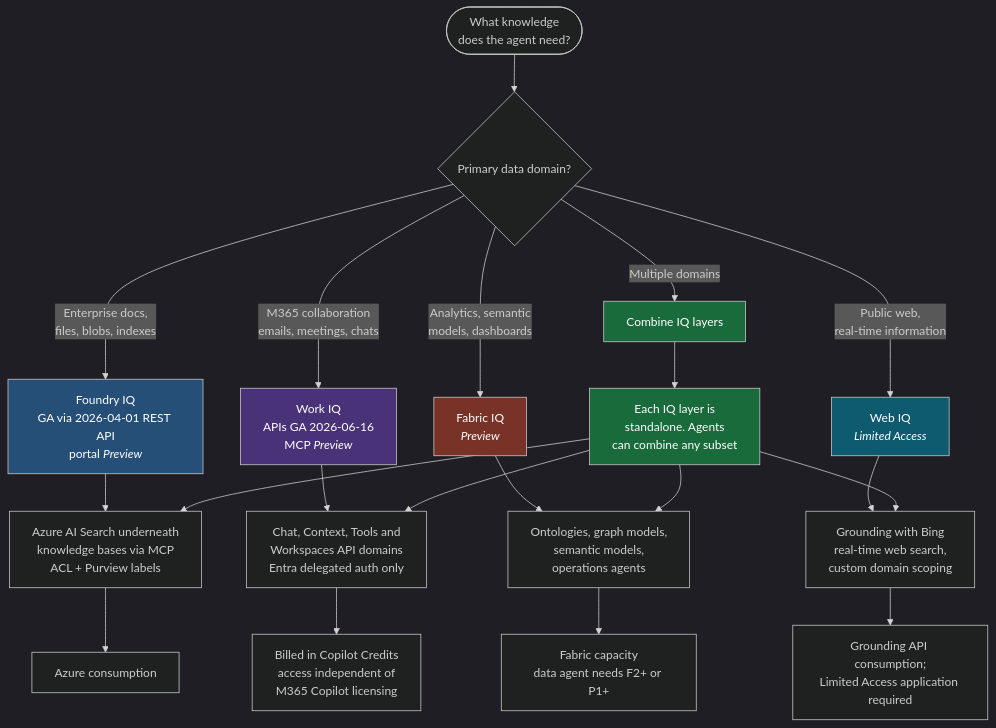
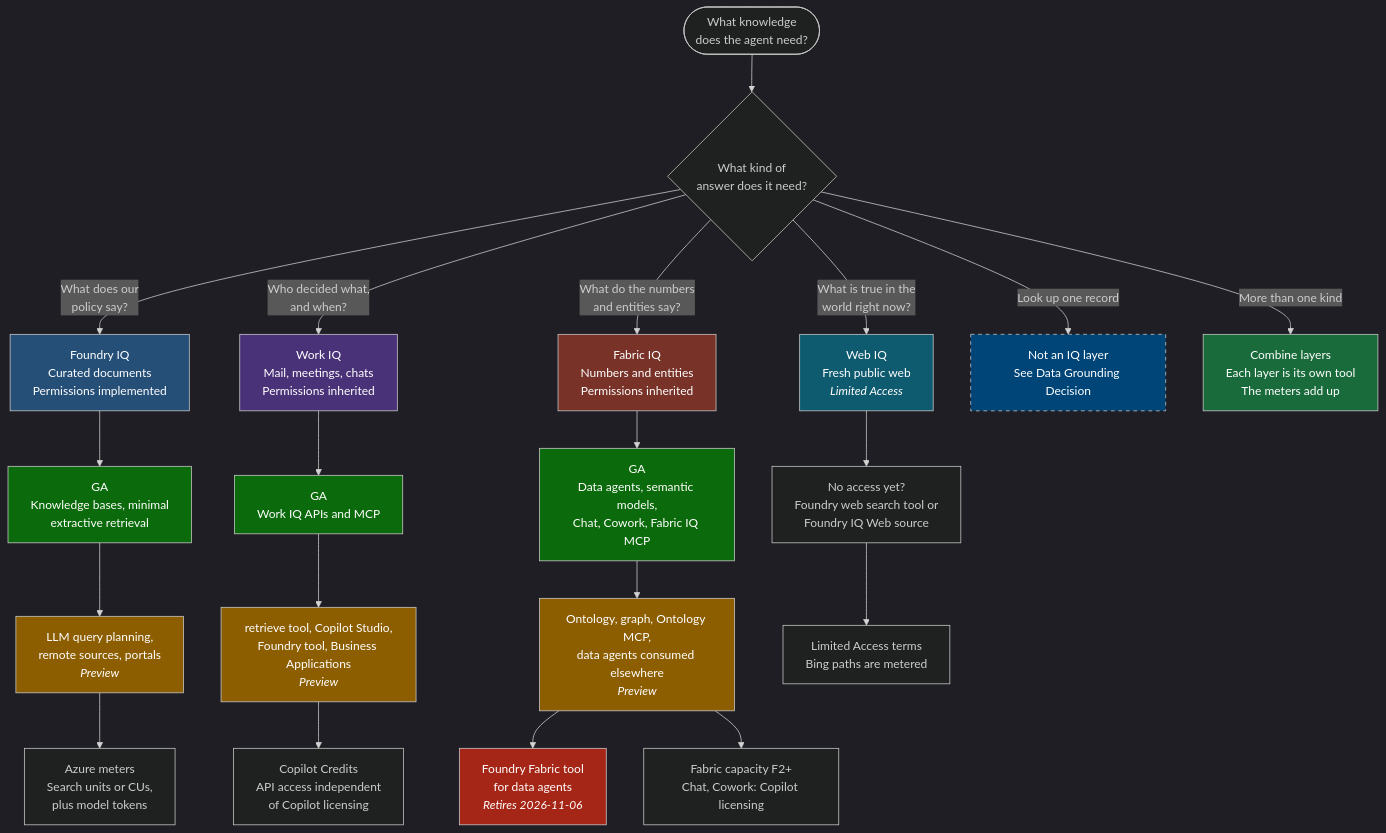
The tenth of 10 diagrams in docs/visual-framework.md (microsoft/Microsoft-AI-Decision-Framework), drawn with Mermaid before and after one commit. The commit also changed other lines of this file and 29 other files, not shown here.

````diff
--- a/docs/visual-framework.md
+++ b/docs/visual-framework.md
@@ -1174,35 +1277,42 @@
 ```mermaid
 %%{init: {'theme':'dark'}}%%
 flowchart TD
-    Start([What knowledge<br/>does the agent need?]) --> Domain{Primary data domain?}
+    Start([What knowledge<br/>does the agent need?]) --> Domain{What kind of<br/>answer does it need?}
 
-    Domain -->|Enterprise docs,<br/>files, blobs, indexes| FIQ[Foundry IQ<br/>GA via 2026-04-01 REST API<br/>portal <i>Preview</i>]
-    Domain -->|M365 collaboration<br/>emails, meetings, chats| WIQ[Work IQ<br/>APIs GA 2026-06-16<br/>MCP <i>Preview</i>]
-    Domain -->|Analytics, semantic<br/>models, dashboards| FBIQ[Fabric IQ<br/><i>Preview</i>]
-    Domain -->|Public web,<br/>real-time information| WEBIQ[Web IQ<br/><i>Limited Access</i>]
-    Domain -->|Multiple domains| Multi[Combine IQ layers]
+    Domain -->|What does our<br/>policy say?| FIQ[Foundry IQ<br/>Curated documents<br/>Permissions implemented]
+    Domain -->|Who decided what,<br/>and when?| WIQ[Work IQ<br/>Mail, meetings, chats<br/>Permissions inherited]
+    Domain -->|What do the numbers<br/>and entities say?| FBIQ[Fabric IQ<br/>Numbers and entities<br/>Permissions inherited]
+    Domain -->|What is true in the<br/>world right now?| WEBIQ[Web IQ<br/>Fresh public web<br/><i>Limited Access</i>]
+    Domain -->|Look up one record| Rows[Not an IQ layer<br/>See Data Grounding Decision]
+    Domain -->|More than one kind| Combine[Combine layers<br/>Each layer is its own tool<br/>The meters add up]
 
-    FIQ --> FIQ_Detail[Azure AI Search underneath<br/>knowledge bases via MCP<br/>ACL + Purview labels]
-    WIQ --> WIQ_Detail[Chat, Context, Tools and<br/>Workspaces API domains<br/>Entra delegated auth only]
-    FBIQ --> FBIQ_Detail[Ontologies, graph models,<br/>semantic models,<br/>operations agents]
-    WEBIQ --> WEBIQ_Detail[Grounding with Bing<br/>real-time web search,<br/>custom domain scoping]
+    FIQ --> FIQ_GA[GA<br/>Knowledge bases, minimal<br/>extractive retrieval]
+    FIQ_GA --> FIQ_Preview[LLM query planning,<br/>remote sources, portals<br/><i>Preview</i>]
+    FIQ_Preview --> License1[Azure meters<br/>Search units or CUs,<br/>plus model tokens]
 
-    Multi --> Combine[Each IQ layer is<br/>standalone. Agents<br/>can combine any subset]
+    WIQ --> WIQ_GA[GA<br/>Work IQ APIs and MCP]
+    WIQ_GA --> WIQ_Preview[retrieve tool, Copilot Studio,<br/>Foundry tool, Business Applications<br/><i>Preview</i>]
+    WIQ_Preview --> License2[Copilot Credits<br/>API access independent<br/>of Copilot licensing]
 
-    Combine --> FIQ_Detail
-    Combine --> WIQ_Detail
-    Combine --> FBIQ_Detail
-    Combine --> WEBIQ_Detail
+    FBIQ --> FBIQ_GA[GA<br/>Data agents, semantic models,<br/>Chat, Cowork, Fabric IQ MCP]
+    FBIQ_GA --> FBIQ_Preview[Ontology, graph, Ontology MCP,<br/>data agents consumed elsewhere<br/><i>Preview</i>]
+    FBIQ_Preview --> FBIQ_Retiring[Foundry Fabric tool<br/>for data agents<br/><i>Retires 2026-11-06</i>]
+    FBIQ_Preview --> License3[Fabric capacity F2+<br/>Chat, Cowork: Copilot licensing]
 
-    FIQ_Detail --> License1[Azure consumption]
-    WIQ_Detail --> License2[Billed in Copilot Credits<br/>access independent of<br/>M365 Copilot licensing]
-    FBIQ_Detail --> License3[Fabric capacity<br/>data agent needs F2+ or P1+]
-    WEBIQ_Detail --> License4[Grounding API consumption;<br/>Limited Access application required]
+    WEBIQ --> WEBIQ_Alt[No access yet?<br/>Foundry web search tool or<br/>Foundry IQ Web source]
+    WEBIQ_Alt --> License4[Limited Access terms<br/>Bing paths are metered]
 
     style FIQ fill:#264f78,color:#fff
     style WIQ fill:#4a3278,color:#fff
     style FBIQ fill:#783228,color:#fff
     style WEBIQ fill:#0e5a6f,color:#fff
-    style Multi fill:#1a6b3c,color:#fff
+    style Rows fill:#004578,color:#fff,stroke-dasharray: 5 5
     style Combine fill:#1a6b3c,color:#fff
+    style FIQ_GA fill:#0b6a0b,color:#fff
+    style WIQ_GA fill:#0b6a0b,color:#fff
+    style FBIQ_GA fill:#0b6a0b,color:#fff
+    style FIQ_Preview fill:#8c5e00,color:#fff
+    style WIQ_Preview fill:#8c5e00,color:#fff
+    style FBIQ_Preview fill:#8c5e00,color:#fff
+    style FBIQ_Retiring fill:#a52617,color:#fff
 ```
````
